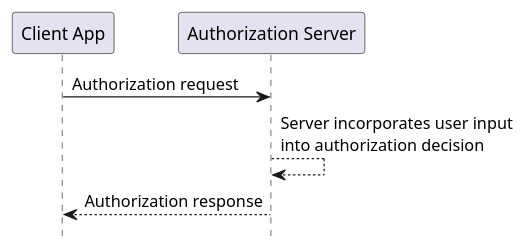
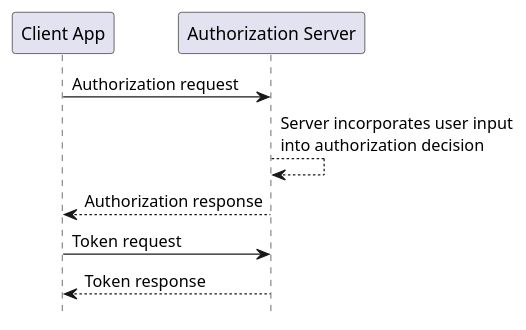
One commit to HL7/fhir-udap-security-ig changed the diagram in input/images-source/authz.plantuml. Above: the diagram before and after it, drawn with PlantUML. The commit also changed 9 other files, not shown here.

First line of the commit message:
FHIR-56882 and FHIR-57086 fully specify auth code and client credentials flows (#36)

```diff
--- a/input/images-source/authz.plantuml
+++ b/input/images-source/authz.plantuml
@@ -1,10 +1,12 @@
 @startuml
 skinparam sequenceMessageAlign left
 skinparam shadowing false
 hide footbox
 participant "Client App" as App
 participant "Authorization Server" as Server
 App -> Server : Authorization request
 Server --> Server : Server incorporates user input\ninto authorization decision
 App <-- Server : Authorization response
+App -> Server : Token request
+App <-- Server : Token response
 @enduml
```
